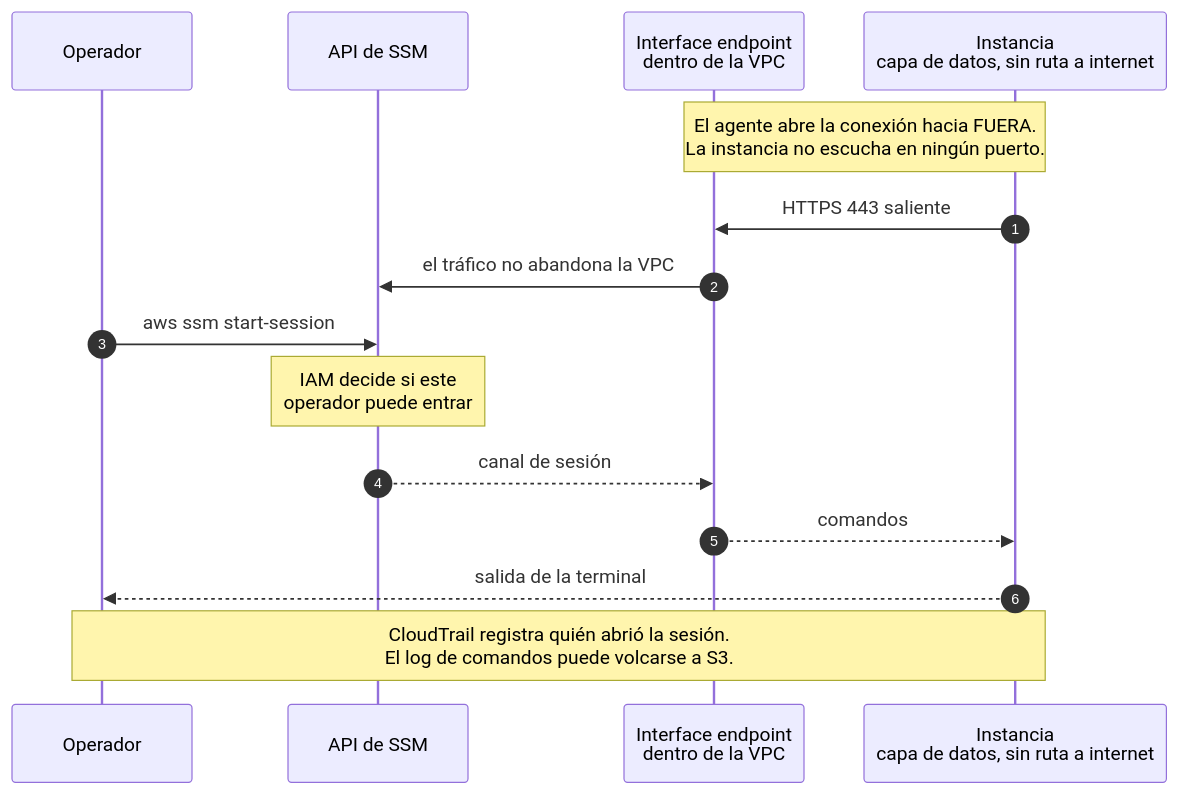
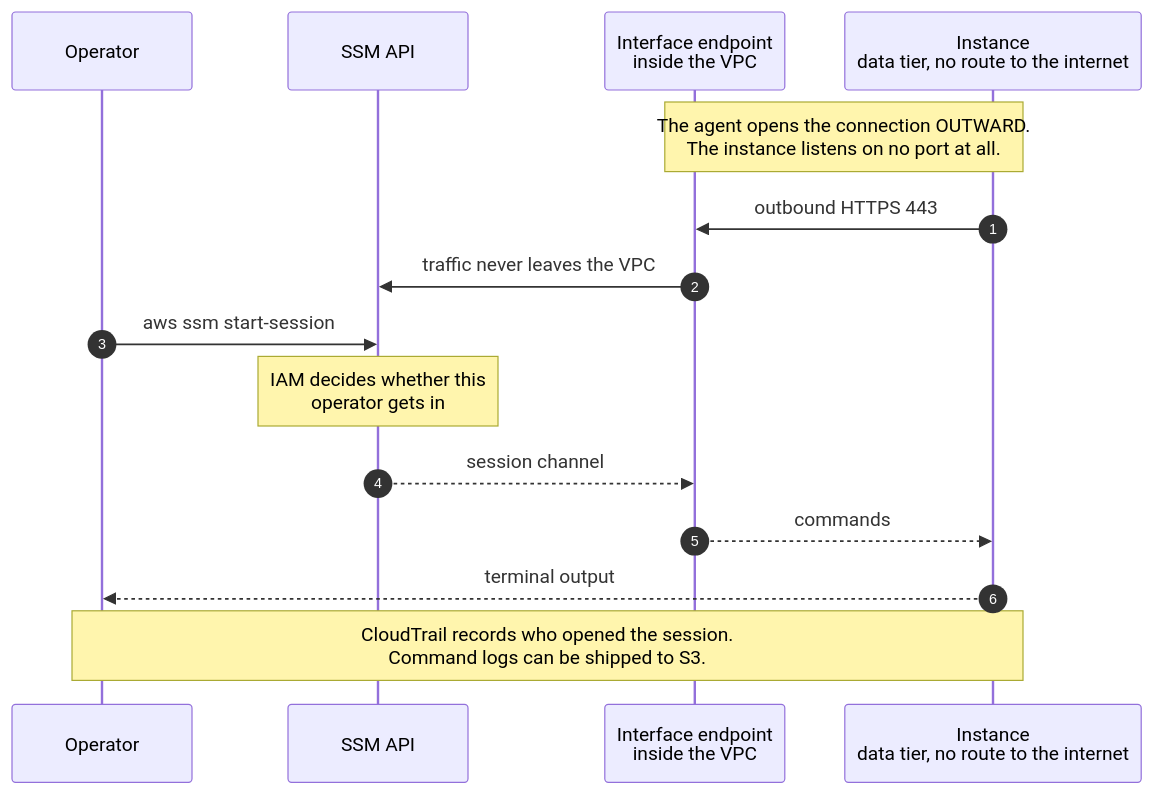
The fifth of 6 diagrams in README.md (Rxcxrdx/aws-three-tier-vpc-terraform), drawn with Mermaid before and after one commit. The commit also changed other lines of this file, not shown here.

````diff
--- a/README.md
+++ b/README.md
@@ -279,20 +292,20 @@
 ```mermaid
 sequenceDiagram
     autonumber
-    participant OP as Operador
-    participant API as API de SSM
-    participant VPCE as Interface endpoint<br/>dentro de la VPC
-    participant EC2 as Instancia<br/>capa de datos, sin ruta a internet
+    participant OP as Operator
+    participant API as SSM API
+    participant VPCE as Interface endpoint<br/>inside the VPC
+    participant EC2 as Instance<br/>data tier, no route to the internet
 
-    Note over EC2,VPCE: El agente abre la conexión hacia FUERA.<br/>La instancia no escucha en ningún puerto.
-    EC2->>VPCE: HTTPS 443 saliente
-    VPCE->>API: el tráfico no abandona la VPC
+    Note over EC2,VPCE: The agent opens the connection OUTWARD.<br/>The instance listens on no port at all.
+    EC2->>VPCE: outbound HTTPS 443
+    VPCE->>API: traffic never leaves the VPC
 
     OP->>API: aws ssm start-session
-    Note over API: IAM decide si este<br/>operador puede entrar
-    API-->>VPCE: canal de sesión
-    VPCE-->>EC2: comandos
-    EC2-->>OP: salida de la terminal
+    Note over API: IAM decides whether this<br/>operator gets in
+    API-->>VPCE: session channel
+    VPCE-->>EC2: commands
+    EC2-->>OP: terminal output
 
-    Note over OP,EC2: CloudTrail registra quién abrió la sesión.<br/>El log de comandos puede volcarse a S3.
+    Note over OP,EC2: CloudTrail records who opened the session.<br/>Command logs can be shipped to S3.
 ```
````
